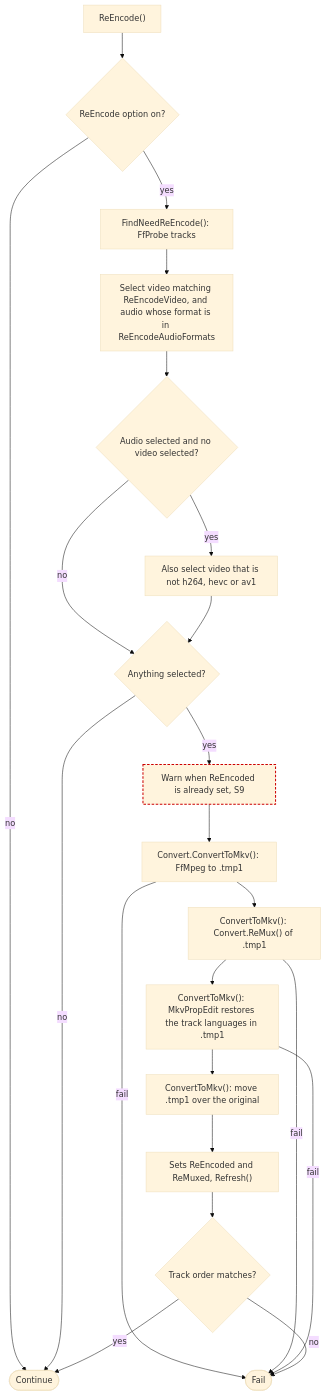
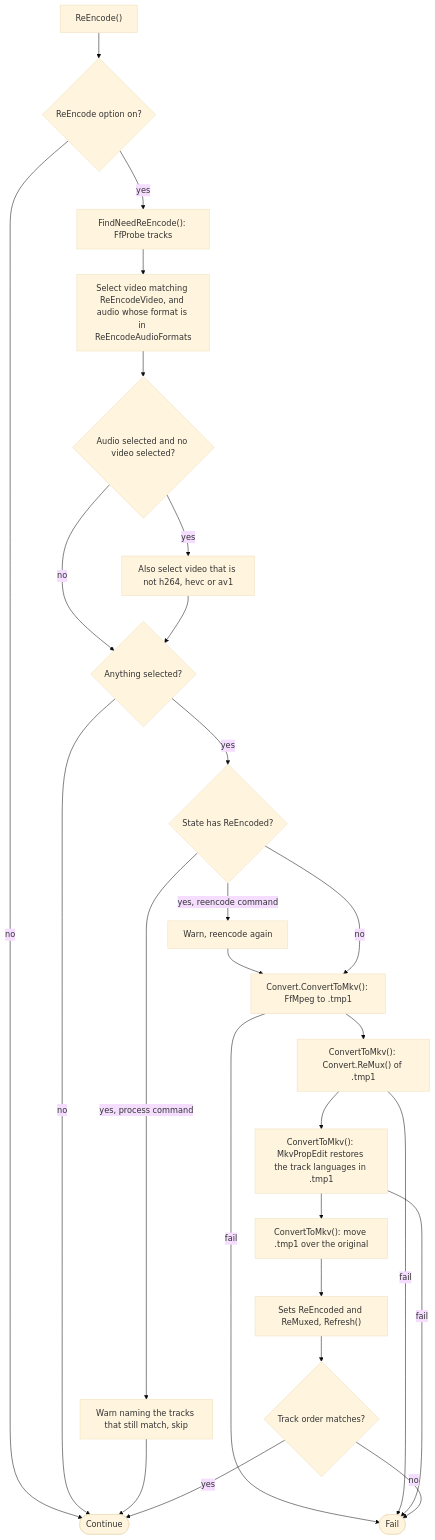
Before and after one commit to ptr727/PlexCleaner: diagram 18 of 19 in ARCHITECTURE.md, drawn with Mermaid (base theme). The commit also changed other lines of this file, not shown here.

First line of the commit message:
Redraw Fixed Branches and Split Wide Charts in ARCHITECTURE.md

````diff
--- a/ARCHITECTURE.md
+++ b/ARCHITECTURE.md
@@ -628,25 +717,28 @@
 ```mermaid
 flowchart TD
   A0["ReEncode()"] --> A1{"ReEncode option on?"}
   A1 -->|no| AOK(["Continue"])
   A1 -->|yes| S0["FindNeedReEncode(): FfProbe tracks"]
   S0 --> S1["Select video matching ReEncodeVideo, and audio whose format is in ReEncodeAudioFormats"]
   S1 --> S2{"Audio selected and no video selected?"}
   S2 -->|yes| S3["Also select video that is not h264, hevc or av1"]
   S2 -->|no| S4
   S3 --> S4{"Anything selected?"}
   S4 -->|no| AOK
-  S4 -->|yes| S5["Warn when ReEncoded is already set, S9"]:::suspect
-  S5 --> C1["Convert.ConvertToMkv(): FfMpeg to .tmp1"]
+  S4 -->|yes| S5{"State has ReEncoded?"}
+  S5 -->|"yes, process command"| SKIP["Warn naming the tracks that still match, skip"]
+  SKIP --> AOK
+  S5 -->|"yes, reencode command"| AGAIN["Warn, reencode again"]
+  AGAIN --> C1
+  S5 -->|no| C1["Convert.ConvertToMkv(): FfMpeg to .tmp1"]
   C1 -->|fail| FAIL(["Fail"])
   C1 --> C2["ConvertToMkv(): Convert.ReMux() of .tmp1"]
   C2 -->|fail| FAIL
   C2 --> C3["ConvertToMkv(): MkvPropEdit restores the track languages in .tmp1"]
   C3 -->|fail| FAIL
   C3 --> C6["ConvertToMkv(): move .tmp1 over the original"]
   C6 --> C4["Sets ReEncoded and ReMuxed, Refresh()"]
   C4 --> C5{"Track order matches?"}
   C5 -->|no| FAIL
   C5 -->|yes| AOK
-  classDef suspect stroke:#c00,stroke-width:2px,stroke-dasharray:5 3
 ```
````
